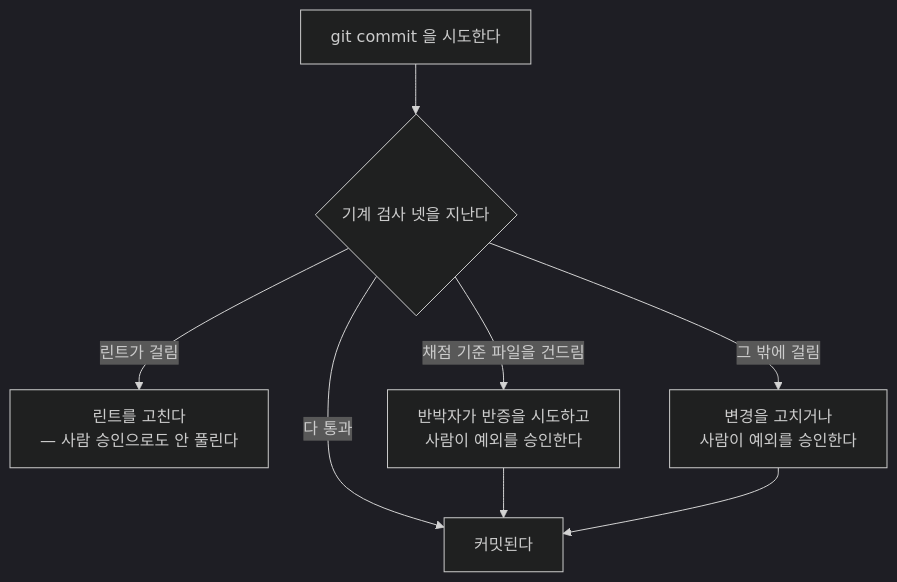
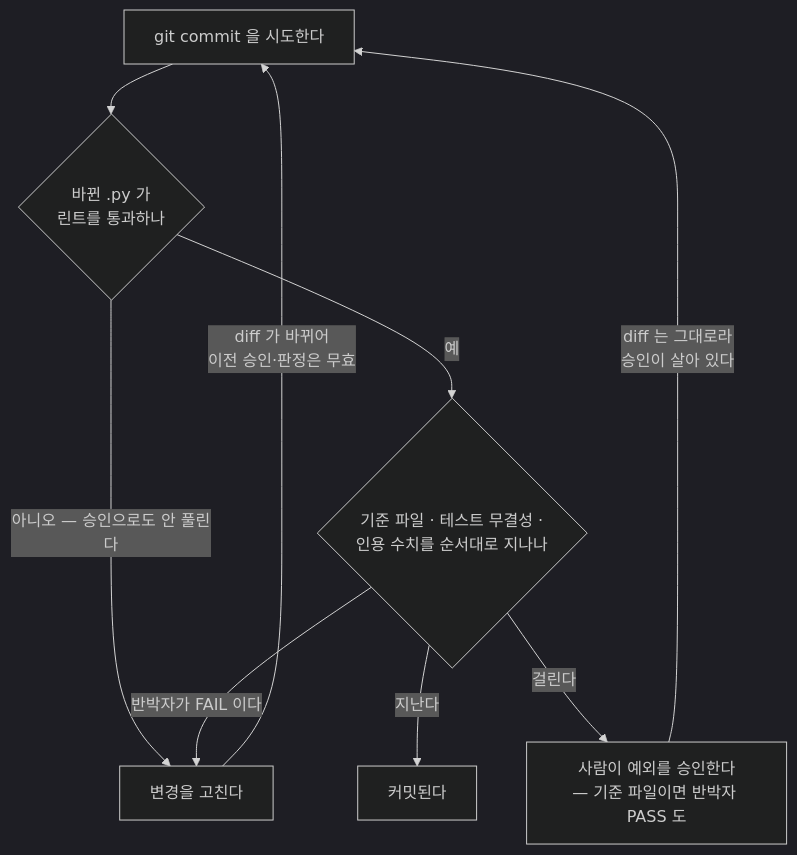
The second of 2 diagrams in CLAUDE.md (groovallstar/ner-pipeline-public), drawn with Mermaid (dark theme) before and after one commit. The commit also changed other lines of this file, not shown here.

````diff
--- a/CLAUDE.md
+++ b/CLAUDE.md
@@ -81,10 +81,11 @@
 ```mermaid
 flowchart TD
-    C["git commit 을 시도한다"] --> M{"기계 검사 넷을 지난다"}
-    M -->|"다 통과"| OK["커밋된다"]
-    M -->|"린트가 걸림"| R["린트를 고친다<br/>— 사람 승인으로도 안 풀린다"]
-    M -->|"채점 기준 파일을 건드림"| F["반박자가 반증을 시도하고<br/>사람이 예외를 승인한다"]
-    M -->|"그 밖에 걸림"| A["변경을 고치거나<br/>사람이 예외를 승인한다"]
-    F --> OK
-    A --> OK
+    C["git commit 을 시도한다"] --> L{"바뀐 .py 가<br/>린트를 통과하나"}
+    L -->|"아니오 — 승인으로도 안 풀린다"| FIX["변경을 고친다"]
+    L -->|"예"| K{"기준 파일 · 테스트 무결성 ·<br/>인용 수치를 순서대로 지나나"}
+    K -->|"지난다"| OK["커밋된다"]
+    K -->|"걸린다"| ASK["사람이 예외를 승인한다<br/>— 기준 파일이면 반박자 PASS 도"]
+    K -->|"반박자가 FAIL 이다"| FIX
+    ASK -->|"diff 는 그대로라<br/>승인이 살아 있다"| C
+    FIX -->|"diff 가 바뀌어<br/>이전 승인·판정은 무효"| C
 ```
````
